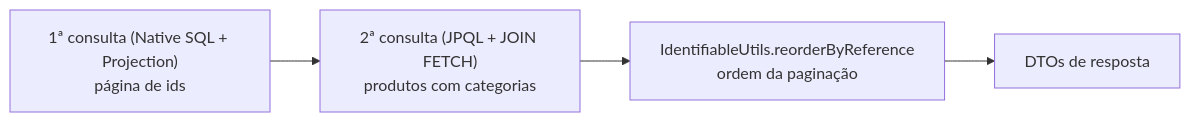
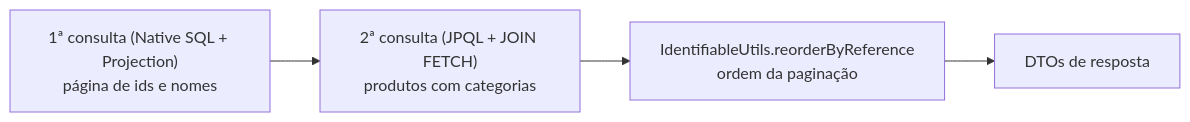
One commit to Albertinesilva/backend-engineering-journey-java-springboot changed the second of 2 diagrams in README.md. Above: the diagram before and after it, drawn with Mermaid. The commit also changed other lines of this file, not shown here.

Commit message:
docs: enxuga o README do capítulo 4 e corrige divergências com os guias

````diff
--- a/README.md
+++ b/README.md
@@ -438,6 +260,6 @@
 ```mermaid
 flowchart LR
-    A["1ª consulta (Native SQL + Projection)<br/>página de ids"] --> B["2ª consulta (JPQL + JOIN FETCH)<br/>produtos com categorias"]
+    A["1ª consulta (Native SQL + Projection)<br/>página de ids e nomes"] --> B["2ª consulta (JPQL + JOIN FETCH)<br/>produtos com categorias"]
     B --> C["IdentifiableUtils.reorderByReference<br/>ordem da paginação"]
     C --> D["DTOs de resposta"]
 ```
````
